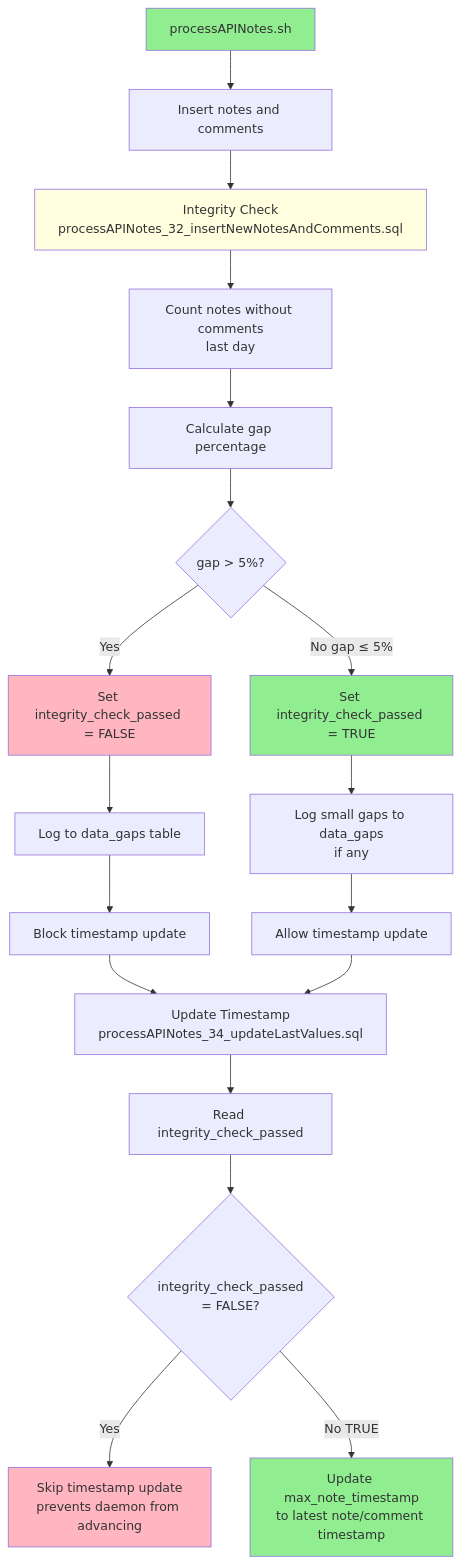
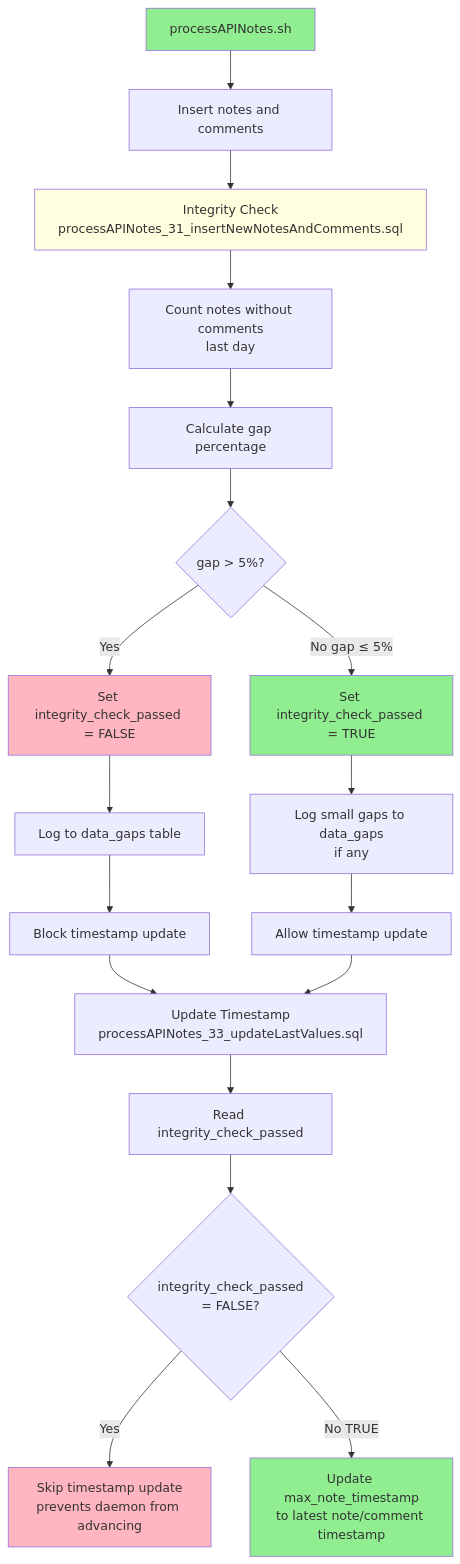
One commit to OSM-Notes/OSM-Notes-Ingestion changed the fourth of 7 diagrams in docs/Process_API.md. Above: the diagram before and after it, drawn with Mermaid. The commit also changed other lines of this file and 64 other files, not shown here.

````diff
--- a/docs/Process_API.md
+++ b/docs/Process_API.md
@@ -1213,36 +1213,36 @@
 ```mermaid
 flowchart TD
     START[processAPINotes.sh]
     
     START --> INSERT[Insert notes and comments]
-    INSERT --> INTEGRITY[Integrity Check<br/>processAPINotes_32_insertNewNotesAndComments.sql]
+    INSERT --> INTEGRITY[Integrity Check<br/>processAPINotes_31_insertNewNotesAndComments.sql]
     
     INTEGRITY --> COUNT[Count notes without comments<br/>last day]
     COUNT --> CALC[Calculate gap percentage]
     
     CALC --> DECISION_GAP{gap > 5%?}
     
     DECISION_GAP -->|Yes| SET_FALSE[Set integrity_check_passed = FALSE]
     SET_FALSE --> LOG_GAP[Log to data_gaps table]
     LOG_GAP --> BLOCK[Block timestamp update]
     
     DECISION_GAP -->|No gap ≤ 5%| SET_TRUE[Set integrity_check_passed = TRUE]
     SET_TRUE --> LOG_SMALL[Log small gaps to data_gaps<br/>if any]
     LOG_SMALL --> ALLOW[Allow timestamp update]
     
-    BLOCK --> UPDATE[Update Timestamp<br/>processAPINotes_34_updateLastValues.sql]
+    BLOCK --> UPDATE[Update Timestamp<br/>processAPINotes_33_updateLastValues.sql]
     ALLOW --> UPDATE
     
     UPDATE --> READ[Read integrity_check_passed]
     READ --> CHECK_INTEGRITY{integrity_check_passed<br/>= FALSE?}
     
     CHECK_INTEGRITY -->|Yes| SKIP[Skip timestamp update<br/>prevents daemon from advancing]
     CHECK_INTEGRITY -->|No TRUE| UPDATE_TIMESTAMP[Update max_note_timestamp<br/>to latest note/comment timestamp]
     
     style START fill:#90EE90
     style INTEGRITY fill:#FFFFE0
     style SET_FALSE fill:#FFB6C1
     style SET_TRUE fill:#90EE90
     style SKIP fill:#FFB6C1
     style UPDATE_TIMESTAMP fill:#90EE90
 ```
````
